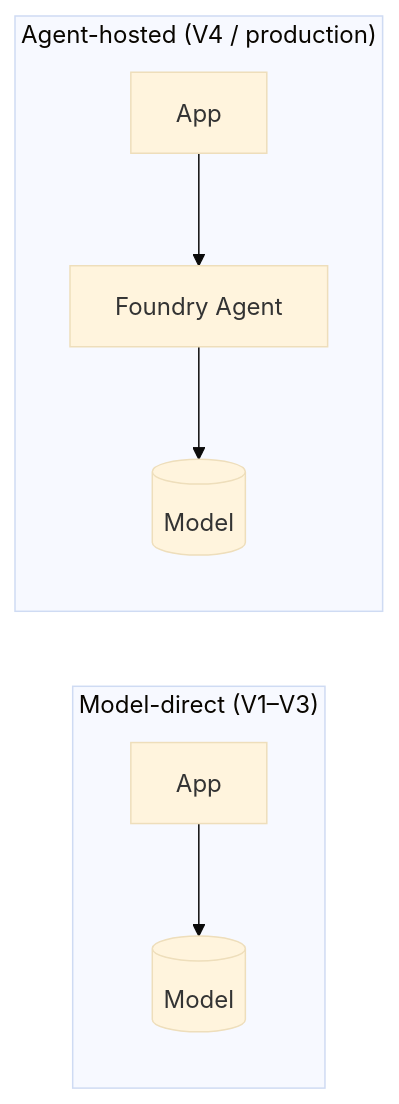
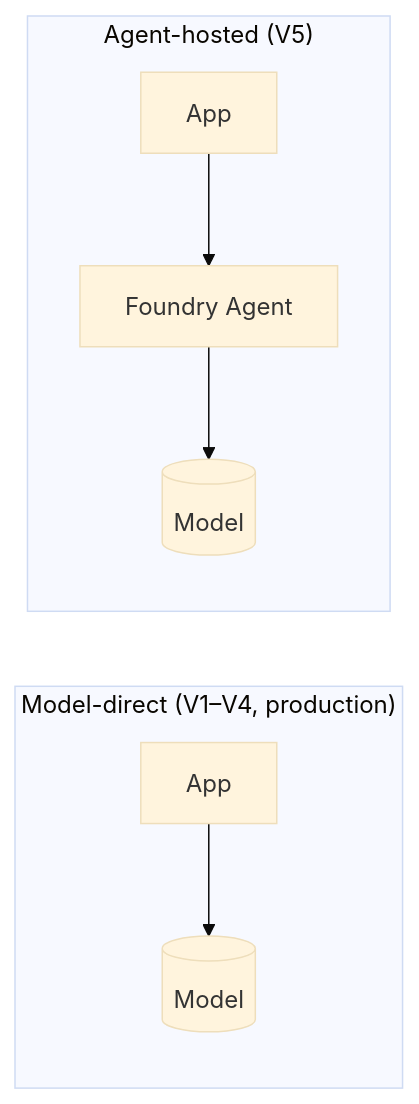
Diagram 14 of 36 in docs/4-demystifying-foundry-agents-mcp/demystifying-foundry-agents-mcp.md (dustinkorzaan/weather-1116), drawn with Mermaid (base theme) before and after one commit. The commit also changed other lines of this file and 14 other files, not shown here.

````diff
--- a/docs/4-demystifying-foundry-agents-mcp/demystifying-foundry-agents-mcp.md
+++ b/docs/4-demystifying-foundry-agents-mcp/demystifying-foundry-agents-mcp.md
@@ -268,10 +287,10 @@
 ```mermaid
 flowchart LR
-    subgraph Direct["Model-direct (V1–V3)"]
+    subgraph Direct["Model-direct (V1–V4, production)"]
         A1[App] --> M1[(Model)]
     end
-    subgraph Hosted["Agent-hosted (V4 / production)"]
+    subgraph Hosted["Agent-hosted (V5)"]
         A2[App] --> AG[Foundry Agent]
         AG --> M2[(Model)]
     end
 ```
````
